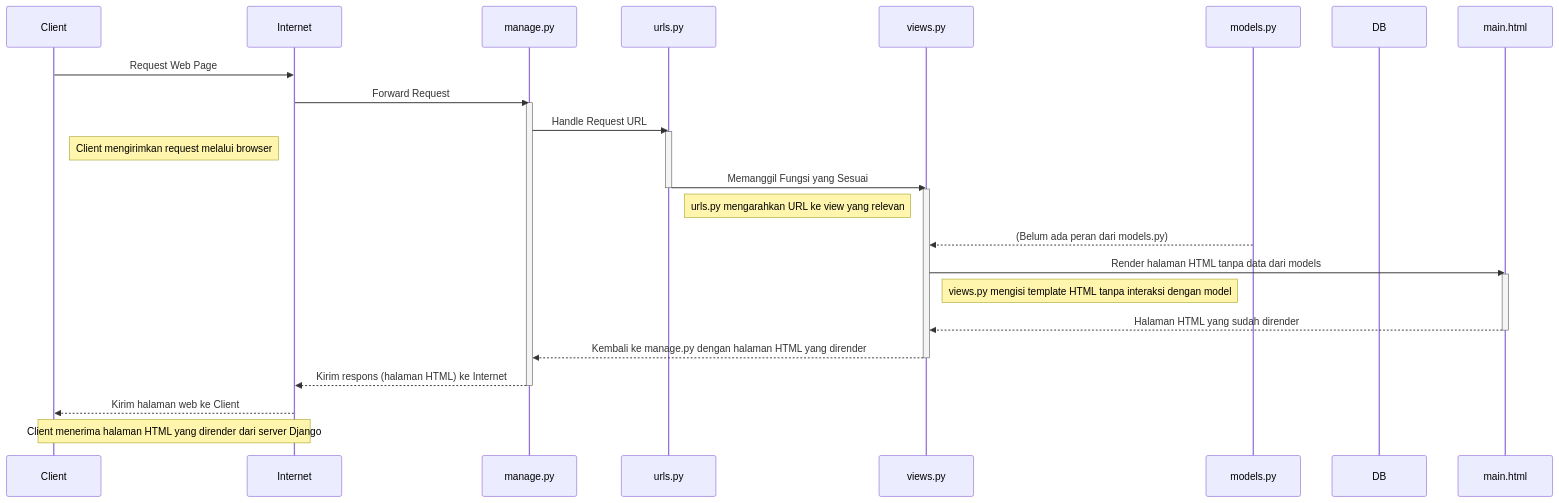
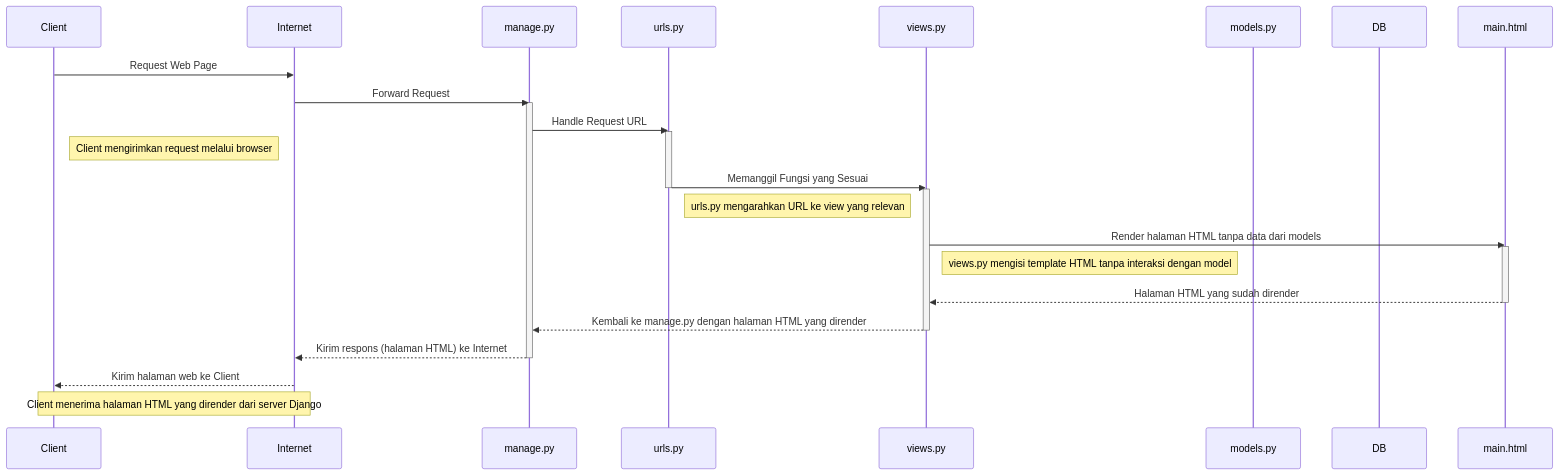
Before and after one commit to gilbertkristiaan/wearwise: the diagram in README.md, drawn with Mermaid.

Commit message:
tugas 2 pbp selesai

````diff
--- a/README.md
+++ b/README.md
@@ -105,48 +105,47 @@
 ```mermaid
 sequenceDiagram
       participant Client
       participant Internet
       participant manage.py
       participant urls.py
       participant views.py
       participant models.py
       participant DB
       participant main.html
 
       Client->>Internet: Request Web Page
       Internet->>manage.py: Forward Request
       activate manage.py
 
       manage.py->>urls.py: Handle Request URL
       activate urls.py
 
       Note right of Client: Client mengirimkan request melalui browser
 
       urls.py->>views.py: Memanggil Fungsi yang Sesuai
       deactivate urls.py
       activate views.py
 
       Note right of urls.py: urls.py mengarahkan URL ke view yang relevan
 
       %% models.py belum dipanggil karena belum diimplementasikan
-      models.py-->>views.py: (Belum ada peran dari models.py)
 
       views.py->>main.html: Render halaman HTML tanpa data dari models
       activate main.html
 
       Note right of views.py: views.py mengisi template HTML tanpa interaksi dengan model
 
       main.html-->>views.py: Halaman HTML yang sudah dirender
       deactivate main.html
 
       views.py-->>manage.py: Kembali ke manage.py dengan halaman HTML yang dirender
       deactivate views.py
 
       manage.py-->>Internet: Kirim respons (halaman HTML) ke Internet
       deactivate manage.py
 
       Internet-->>Client: Kirim halaman web ke Client
 
       Note over Client,Internet: Client menerima halaman HTML yang dirender dari server Django
 
 ```
````
